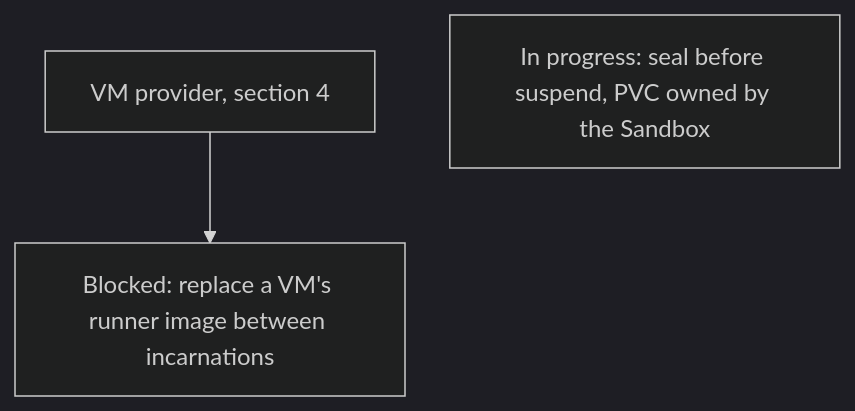
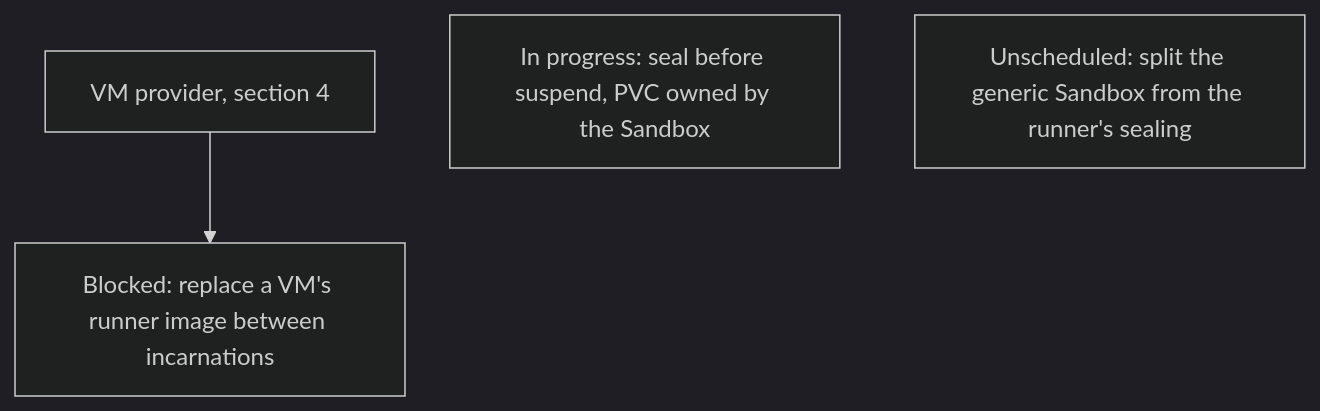
Before and after one commit to agentydragon/ducktape: the tenth of 15 diagrams in agentplane/plans/task_dag.md, drawn with Mermaid (dark theme). The commit also changed other lines of this file, not shown here.

First line of the commit message:
agentplane: add the SANDBOX_GENERIC_SPLIT node to the task DAG

````diff
--- a/agentplane/plans/task_dag.md
+++ b/agentplane/plans/task_dag.md
@@ -674,5 +674,6 @@
 ```mermaid
 flowchart TD
     VM_PROVIDER[VM provider, section 4] --> SANDBOX_IMAGE_REPLACE[Blocked: replace a VM's runner image between incarnations]
     SANDBOX_LIFECYCLE[In progress: seal before suspend, PVC owned by the Sandbox]
+    SANDBOX_GENERIC_SPLIT[Unscheduled: split the generic Sandbox from the runner's sealing]
 ```
````
